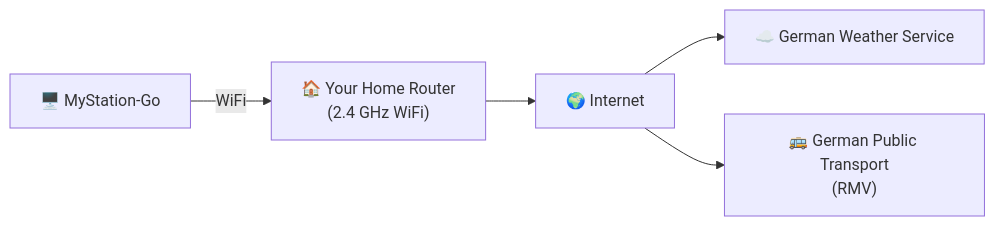
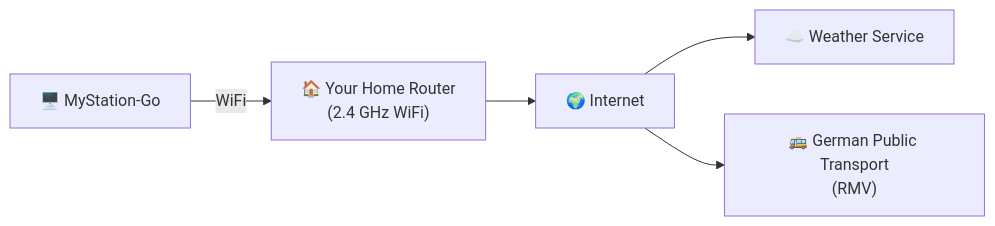
One commit to gogo-boot/mystation-landing changed the third of 3 diagrams in docs/user-guide/network-setup.md. Above: the diagram before and after it, drawn with Mermaid. The commit also changed other lines of this file and 5 other files, not shown here.

First line of the commit message:
docs: describe weather source generically, not DWD directly

````diff
--- a/docs/user-guide/network-setup.md
+++ b/docs/user-guide/network-setup.md
@@ -79,12 +79,12 @@
 ```mermaid
 graph LR
     Station["🖥️ MyStation-Go"]
     Router["🏠 Your Home Router\n(2.4 GHz WiFi)"]
     Internet["🌍 Internet"]
-    DWD["☁️ German Weather Service"]
+    DWD["☁️ Weather Service"]
     RMV["🚌 German Public Transport\n(RMV)"]
     Station -- " WiFi " --> Router
     Router --> Internet
     Internet --> DWD
     Internet --> RMV
 ```
````
